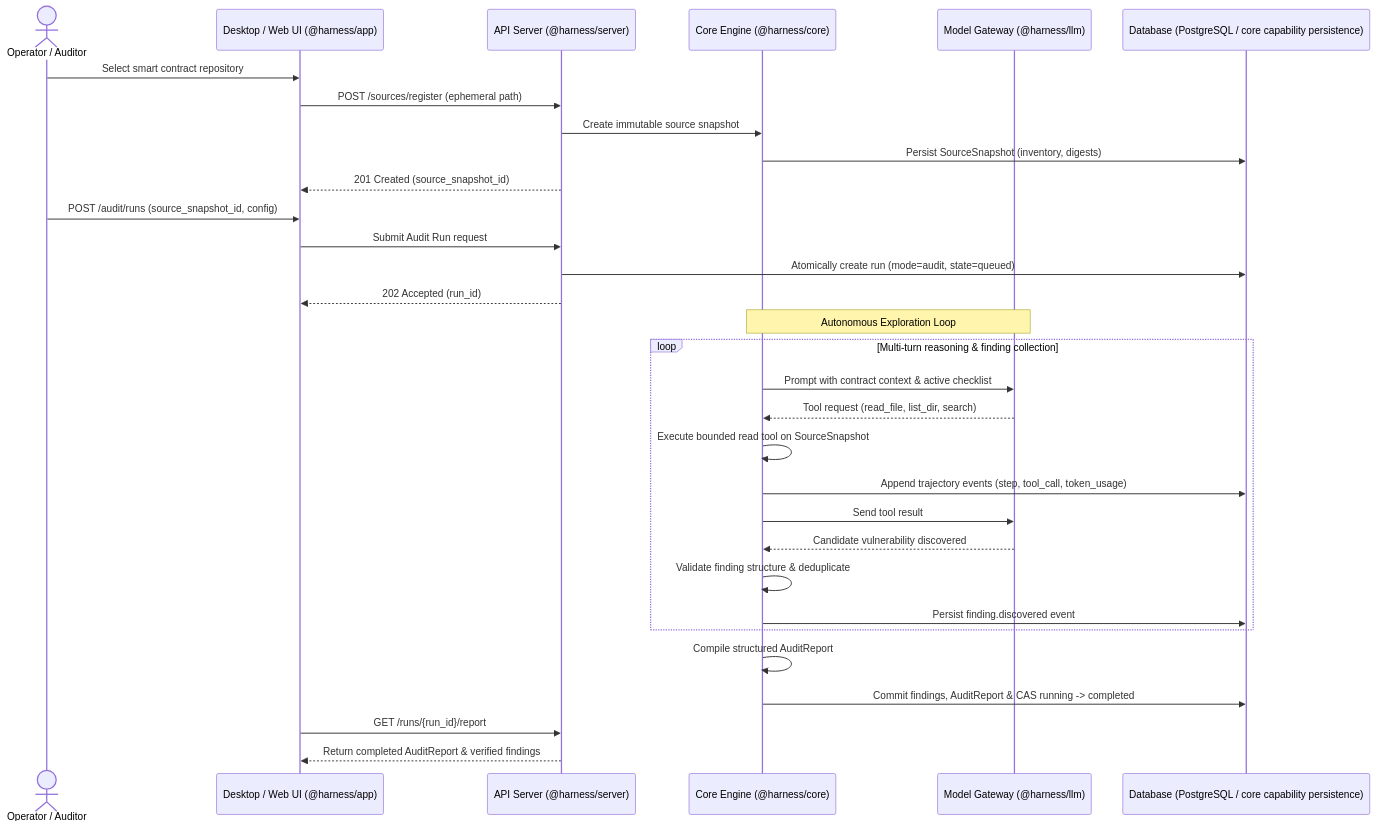
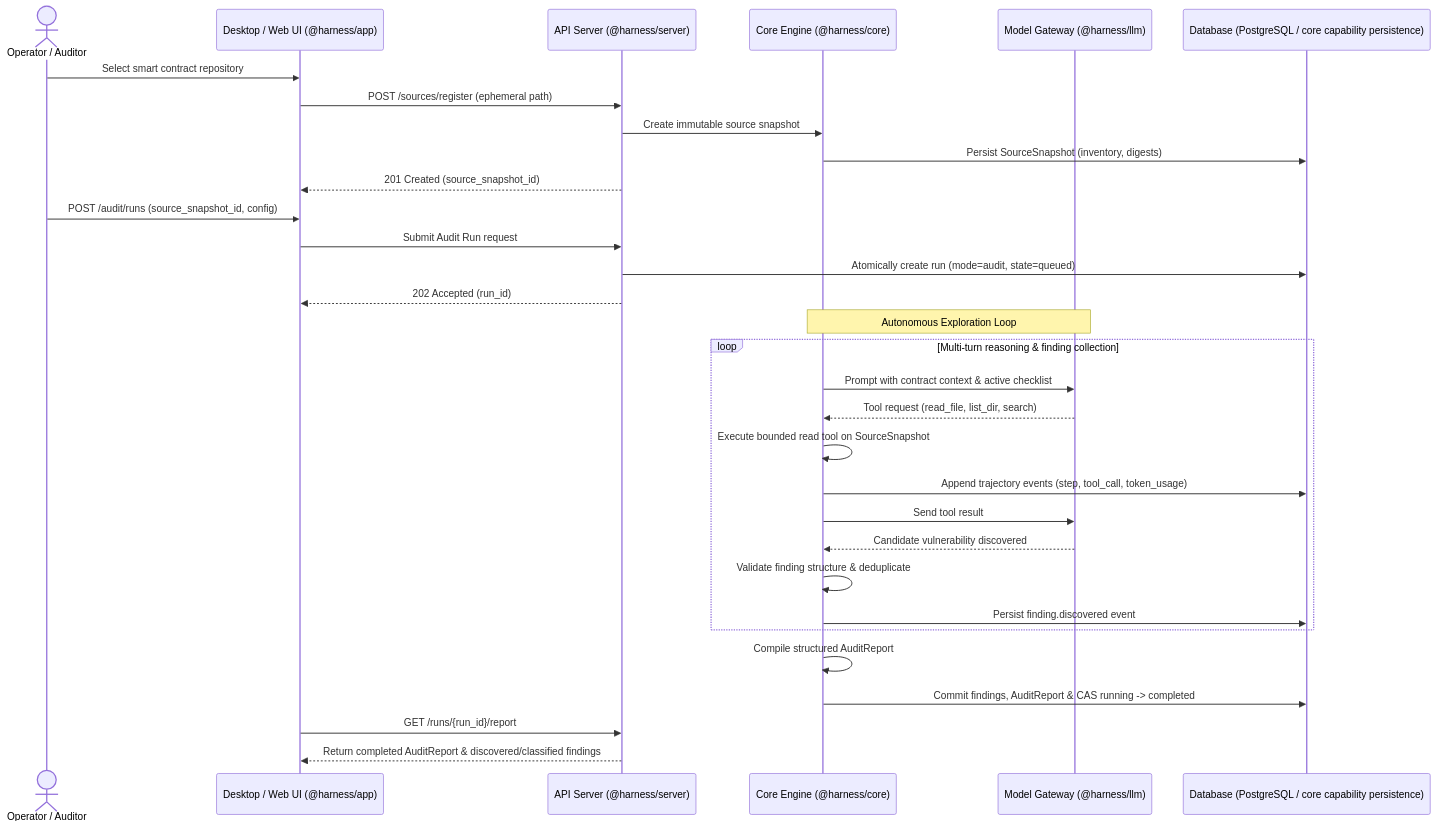
The second of 7 diagrams in blueprint/architecture/sequences.md (DATN-K23/harness), drawn with Mermaid before and after one commit. The commit also changed other lines of this file, not shown here.

Commit message:
docs: clarify shared source and tool flows

````diff
--- a/blueprint/architecture/sequences.md
+++ b/blueprint/architecture/sequences.md
@@ -35,37 +51,37 @@
 ```mermaid
 sequenceDiagram
   actor U as Operator / Auditor
   participant UI as Desktop / Web UI (@harness/app)
   participant API as API Server (@harness/server)
   participant CORE as Core Engine (@harness/core)
   participant LLM as Model Gateway (@harness/llm)
   participant DB as Database (PostgreSQL / core capability persistence)
 
   U->>UI: Select smart contract repository
   UI->>API: POST /sources/register (ephemeral path)
   API->>CORE: Create immutable source snapshot
   CORE->>DB: Persist SourceSnapshot (inventory, digests)
   API-->>UI: 201 Created (source_snapshot_id)
 
   U->>UI: POST /audit/runs (source_snapshot_id, config)
   UI->>API: Submit Audit Run request
   API->>DB: Atomically create run (mode=audit, state=queued)
   API-->>UI: 202 Accepted (run_id)
 
   Note over CORE,LLM: Autonomous Exploration Loop
   loop Multi-turn reasoning & finding collection
     CORE->>LLM: Prompt with contract context & active checklist
     LLM-->>CORE: Tool request (read_file, list_dir, search)
     CORE->>CORE: Execute bounded read tool on SourceSnapshot
     CORE->>DB: Append trajectory events (step, tool_call, token_usage)
     CORE->>LLM: Send tool result
     LLM-->>CORE: Candidate vulnerability discovered
     CORE->>CORE: Validate finding structure & deduplicate
     CORE->>DB: Persist finding.discovered event
   end
 
   CORE->>CORE: Compile structured AuditReport
   CORE->>DB: Commit findings, AuditReport & CAS running -> completed
   UI->>API: GET /runs/{run_id}/report
-  API-->>UI: Return completed AuditReport & verified findings
+  API-->>UI: Return completed AuditReport & discovered/classified findings
 ```
````
